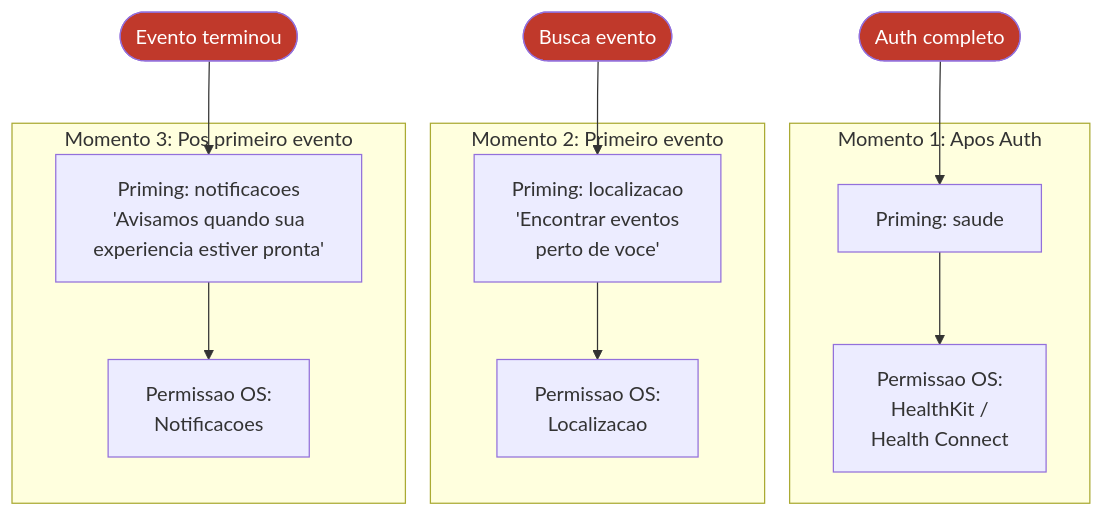
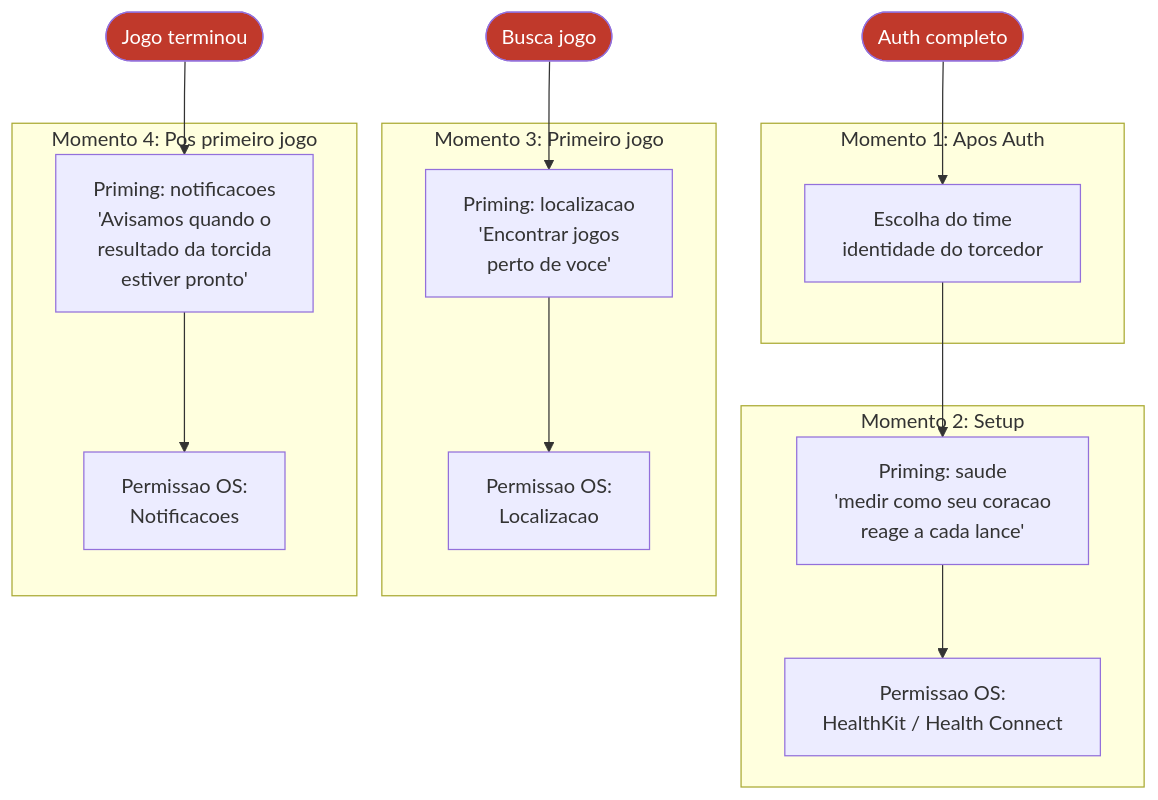
One commit to felipezanucci/tumtum changed the ninth of 9 diagrams in docs/ux/user-flow-diagram.md. Above: the diagram before and after it, drawn with Mermaid. The commit also changed other lines of this file and 2 other files, not shown here.

````diff
--- a/docs/ux/user-flow-diagram.md
+++ b/docs/ux/user-flow-diagram.md
@@ -391,30 +500,35 @@
 ```mermaid
 flowchart TD
     subgraph MOMENTO_1["Momento 1: Apos Auth"]
-        W1[Priming: saude]
-        W2[Permissao OS:<br/>HealthKit /<br/>Health Connect]
+        W1[Escolha do time<br/>identidade do torcedor]
     end
 
-    subgraph MOMENTO_2["Momento 2: Primeiro evento"]
-        N1[Priming: localizacao<br/>'Encontrar eventos<br/>perto de voce']
+    subgraph MOMENTO_2["Momento 2: Setup"]
+        W2[Priming: saude<br/>'medir como seu coracao<br/>reage a cada lance']
+        W3[Permissao OS:<br/>HealthKit / Health Connect]
+    end
+
+    subgraph MOMENTO_3["Momento 3: Primeiro jogo"]
+        N1[Priming: localizacao<br/>'Encontrar jogos<br/>perto de voce']
         N2[Permissao OS:<br/>Localizacao]
     end
 
-    subgraph MOMENTO_3["Momento 3: Pos primeiro evento"]
-        P1[Priming: notificacoes<br/>'Avisamos quando sua<br/>experiencia estiver pronta']
+    subgraph MOMENTO_4["Momento 4: Pos primeiro jogo"]
+        P1[Priming: notificacoes<br/>'Avisamos quando o<br/>resultado da torcida<br/>estiver pronto']
         P2[Permissao OS:<br/>Notificacoes]
     end
 
     AUTH_OK([Auth completo]) --> W1
     W1 --> W2
+    W2 --> W3
 
-    PRIMEIRO_EVENTO([Busca evento]) --> N1
+    PRIMEIRO_JOGO([Busca jogo]) --> N1
     N1 --> N2
 
-    POS_EVENTO([Evento terminou]) --> P1
+    POS_JOGO([Jogo terminou]) --> P1
     P1 --> P2
 
     style AUTH_OK fill:#C0392B,color:#fff
-    style PRIMEIRO_EVENTO fill:#C0392B,color:#fff
-    style POS_EVENTO fill:#C0392B,color:#fff
+    style PRIMEIRO_JOGO fill:#C0392B,color:#fff
+    style POS_JOGO fill:#C0392B,color:#fff
 ```
````
